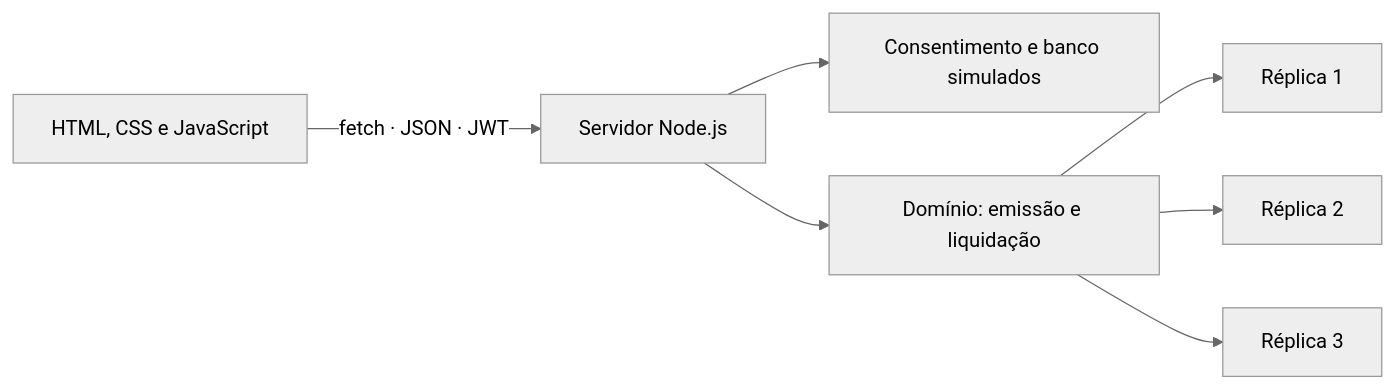
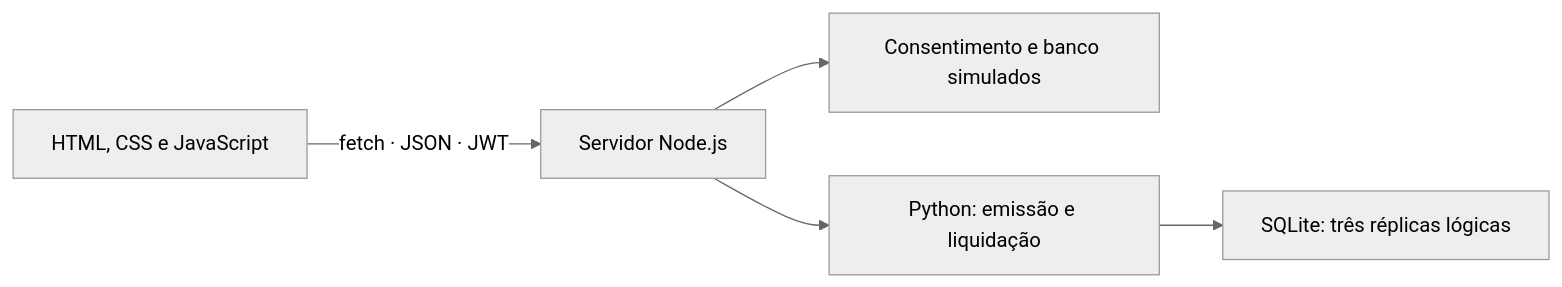
One commit to EduardoPolletini/projetoDREX changed the diagram in README.md. Above: the diagram before and after it, drawn with Mermaid (neutral theme). The commit also changed other lines of this file and 5 other files, not shown here.

Commit message:
Integra regras em Python e persistência SQLite

````diff
--- a/README.md
+++ b/README.md
@@ -51,9 +53,7 @@
 ```mermaid
 flowchart LR
   UI["HTML, CSS e JavaScript"] -->|"fetch · JSON · JWT"| API["Servidor Node.js"]
   API --> OF["Consentimento e banco simulados"]
-  API --> D["Domínio: emissão e liquidação"]
-  D --> N1["Réplica 1"]
-  D --> N2["Réplica 2"]
-  D --> N3["Réplica 3"]
+  API --> D["Python: emissão e liquidação"]
+  D --> DB["SQLite: três réplicas lógicas"]
 ```
````
